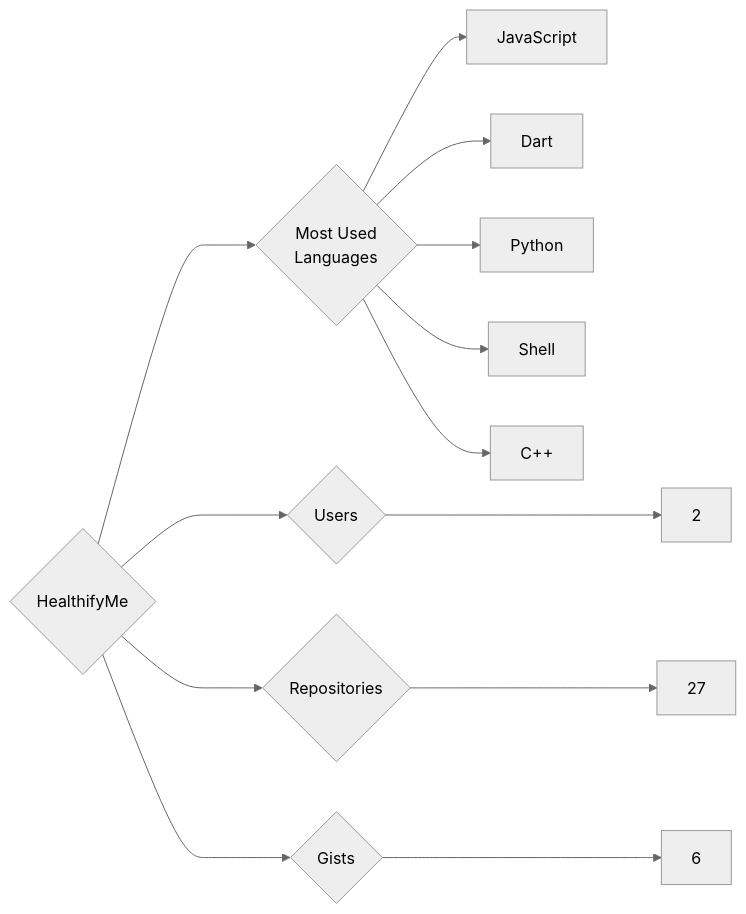
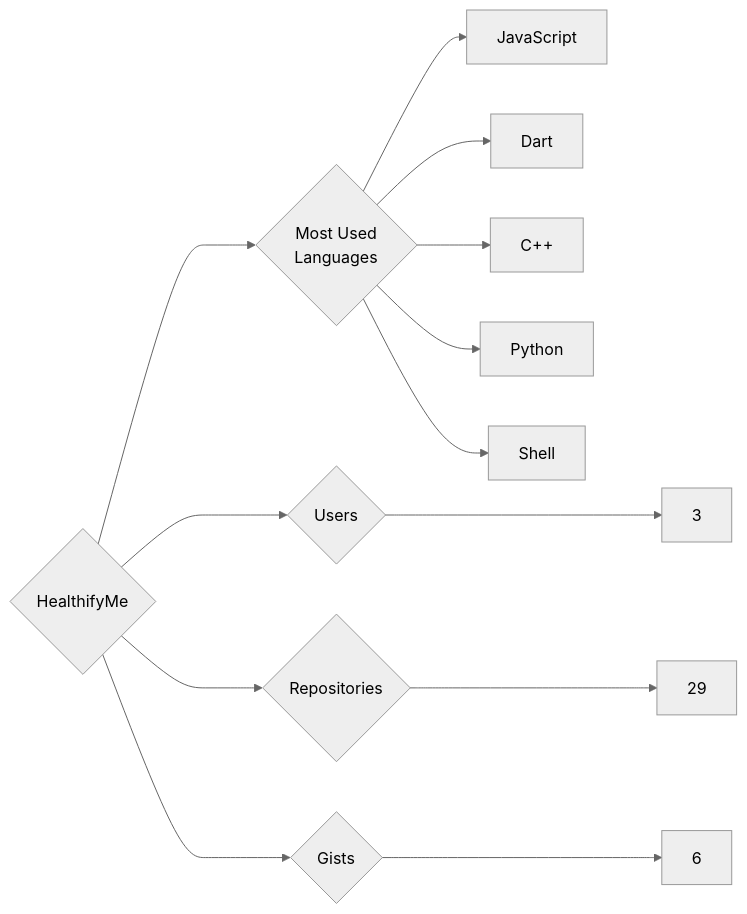
The diagram in targets/HealthifyMe/README.md (trickest/insiders), drawn with Mermaid (neutral theme) before and after one commit. The commit also changed 934 other files, not shown here.

````diff
--- a/targets/HealthifyMe/README.md
+++ b/targets/HealthifyMe/README.md
@@ -3,13 +3,13 @@
 ```mermaid
 graph LR
 COMPANY_NAME{HealthifyMe}
-COMPANY_NAME ---> U{Users} ---> UN[2]
-COMPANY_NAME ---> R{Repositories} ---> RN[27]
+COMPANY_NAME ---> U{Users} ---> UN[3]
+COMPANY_NAME ---> R{Repositories} ---> RN[29]
 COMPANY_NAME ---> G{Gists} ---> GN[6]
 COMPANY_NAME ---> ML{Most Used<br>Languages}
 ML --> JavaScript[JavaScript]
 ML --> Dart[Dart]
+ML --> C++[C++]
 ML --> Python[Python]
 ML --> Shell[Shell]
-ML --> C++[C++]
 ```
````
